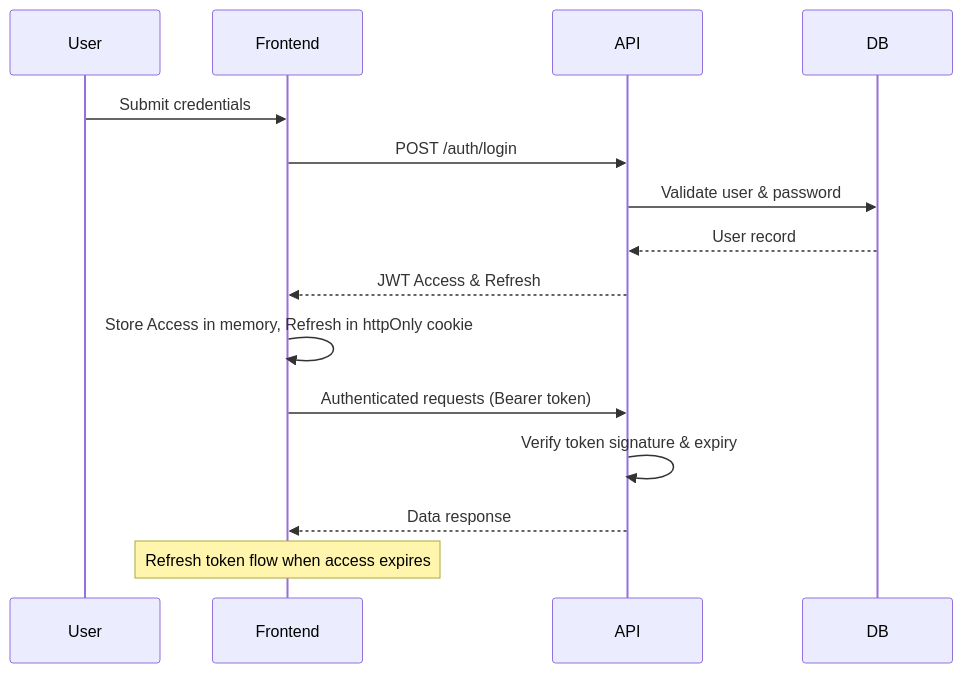
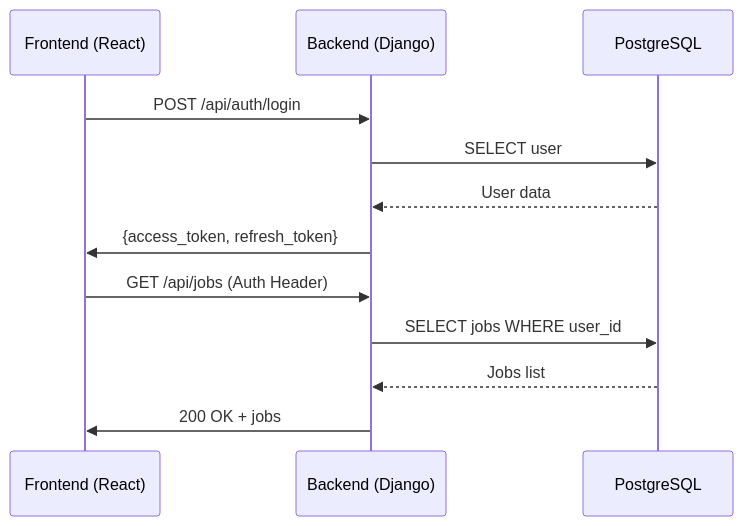
One commit to sridharSTR/smart-job-tracker changed the second of 5 diagrams in README.md. Above: the diagram before and after it, drawn with Mermaid. The commit also changed other lines of this file, not shown here.

````diff
--- a/README.md
+++ b/README.md
@@ -224,17 +221,14 @@
 ```mermaid
 sequenceDiagram
-    participant User
-    participant Frontend
-    participant API
-    participant DB
-    User->>Frontend: Submit credentials
-    Frontend->>API: POST /auth/login
-    API->>DB: Validate user & password
-    DB-->>API: User record
-    API-->>Frontend: JWT Access & Refresh
-    Frontend->>Frontend: Store Access in memory, Refresh in httpOnly cookie
-    Frontend->>API: Authenticated requests (Bearer token)
-    API->>API: Verify token signature & expiry
-    API-->>Frontend: Data response
-    Note over Frontend: Refresh token flow when access expires
+    participant UI as Frontend (React)
+    participant API as Backend (Django)
+    participant DB as PostgreSQL
+    UI->>API: POST /api/auth/login
+    API->>DB: SELECT user
+    DB-->>API: User data
+    API->>UI: {access_token, refresh_token}
+    UI->>API: GET /api/jobs (Auth Header)
+    API->>DB: SELECT jobs WHERE user_id
+    DB-->>API: Jobs list
+    API->>UI: 200 OK + jobs
 ```
````
